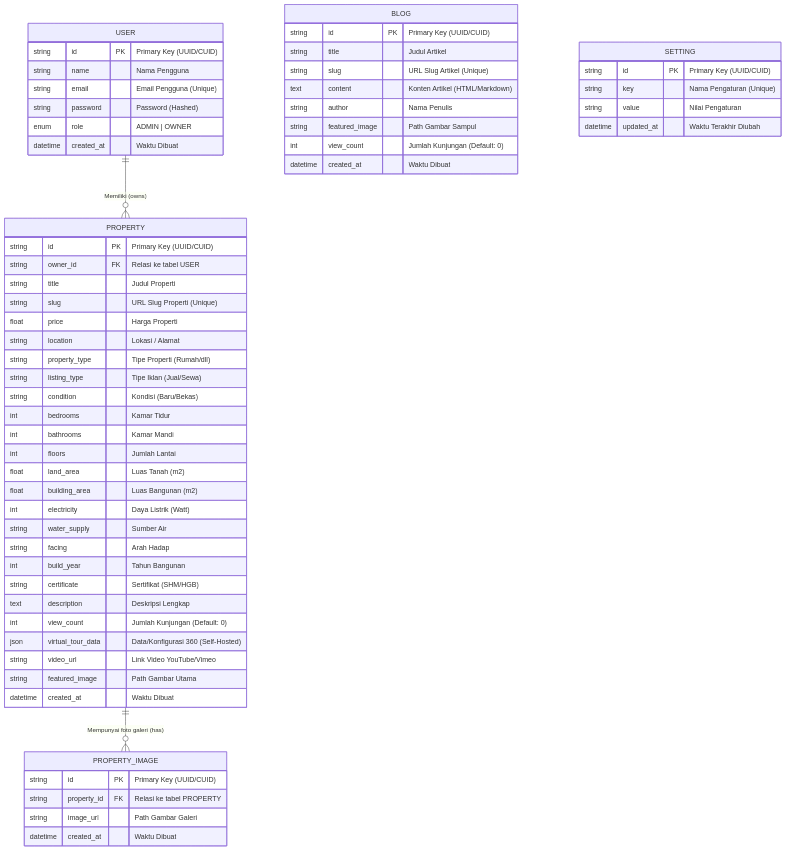
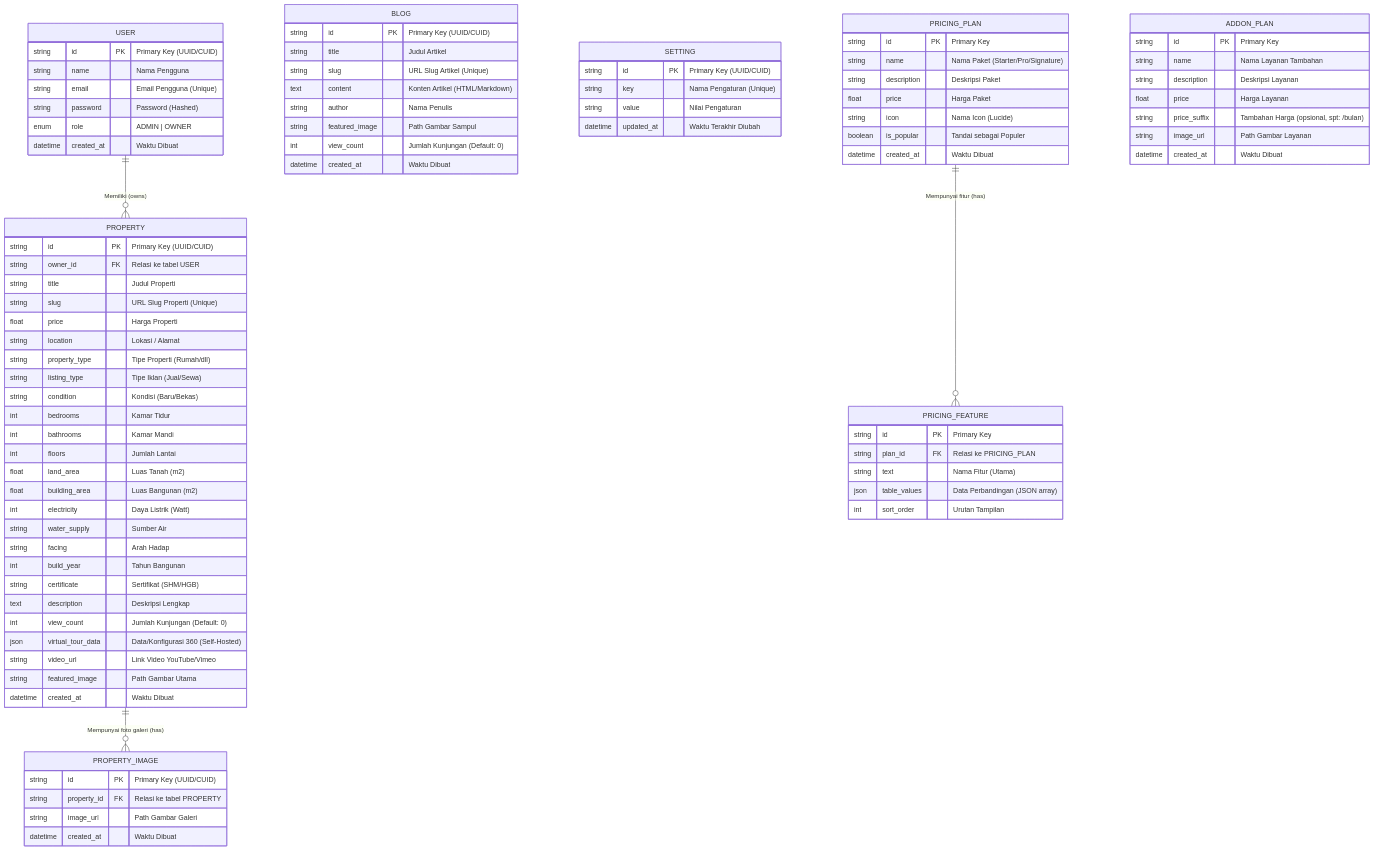
Before and after one commit to najmifaza/rumio.id: the diagram in docs/DatabaseSchema.md, drawn with Mermaid. The commit also changed other lines of this file and 47 other files, not shown here.

````diff
--- a/docs/DatabaseSchema.md
+++ b/docs/DatabaseSchema.md
@@ -70,7 +70,36 @@
         datetime created_at "Waktu Dibuat"
     }
 
+    PRICING_PLAN {
+        string id PK "Primary Key"
+        string name "Nama Paket (Starter/Pro/Signature)"
+        string description "Deskripsi Paket"
+        float price "Harga Paket"
+        string icon "Nama Icon (Lucide)"
+        boolean is_popular "Tandai sebagai Populer"
+        datetime created_at "Waktu Dibuat"
+    }
+
+    PRICING_FEATURE {
+        string id PK "Primary Key"
+        string plan_id FK "Relasi ke PRICING_PLAN"
+        string text "Nama Fitur (Utama)"
+        json table_values "Data Perbandingan (JSON array)"
+        int sort_order "Urutan Tampilan"
+    }
+
+    ADDON_PLAN {
+        string id PK "Primary Key"
+        string name "Nama Layanan Tambahan"
+        string description "Deskripsi Layanan"
+        float price "Harga Layanan"
+        string price_suffix "Tambahan Harga (opsional, spt: /bulan)"
+        string image_url "Path Gambar Layanan"
+        datetime created_at "Waktu Dibuat"
+    }
+
     %% Relasi antar tabel
     USER ||--o{ PROPERTY : "Memiliki (owns)"
     PROPERTY ||--o{ PROPERTY_IMAGE : "Mempunyai foto galeri (has)"
+    PRICING_PLAN ||--o{ PRICING_FEATURE : "Mempunyai fitur (has)"
 ```
````
